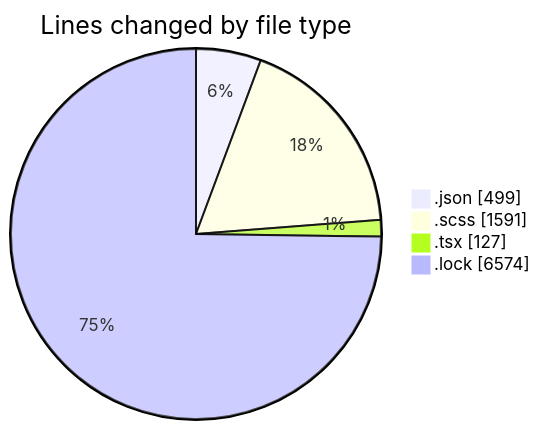
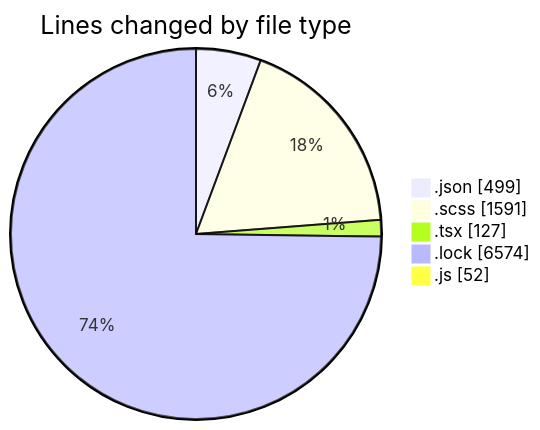
The first of 2 diagrams in 2026-08-11/cda/README.md (momahboobian/code-tracking), drawn with Mermaid before and after one commit. The commit also changed other lines of this file and 1 other file, not shown here.

````diff
--- a/2026-08-11/cda/README.md
+++ b/2026-08-11/cda/README.md
@@ -29,8 +30,9 @@
 ```mermaid
 pie showData
 title Lines changed by file type
 ".json" : 499
 ".scss" : 1591
 ".tsx" : 127
 ".lock" : 6574
+".js" : 52
 ```
````
